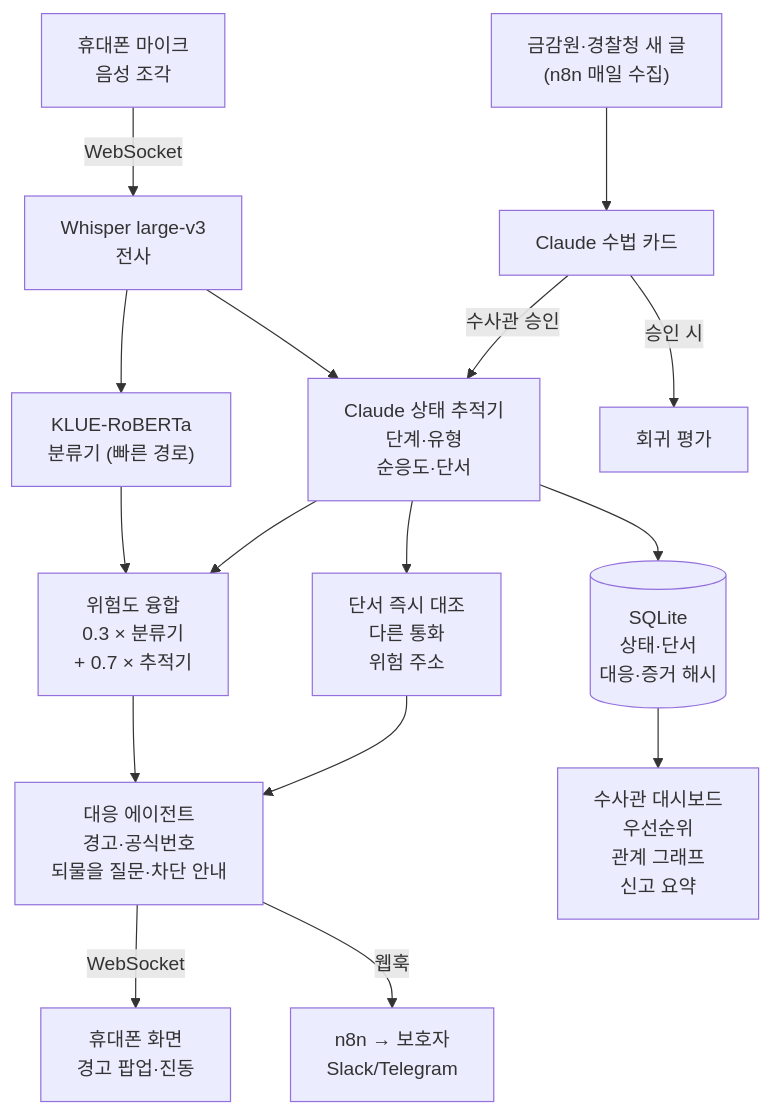
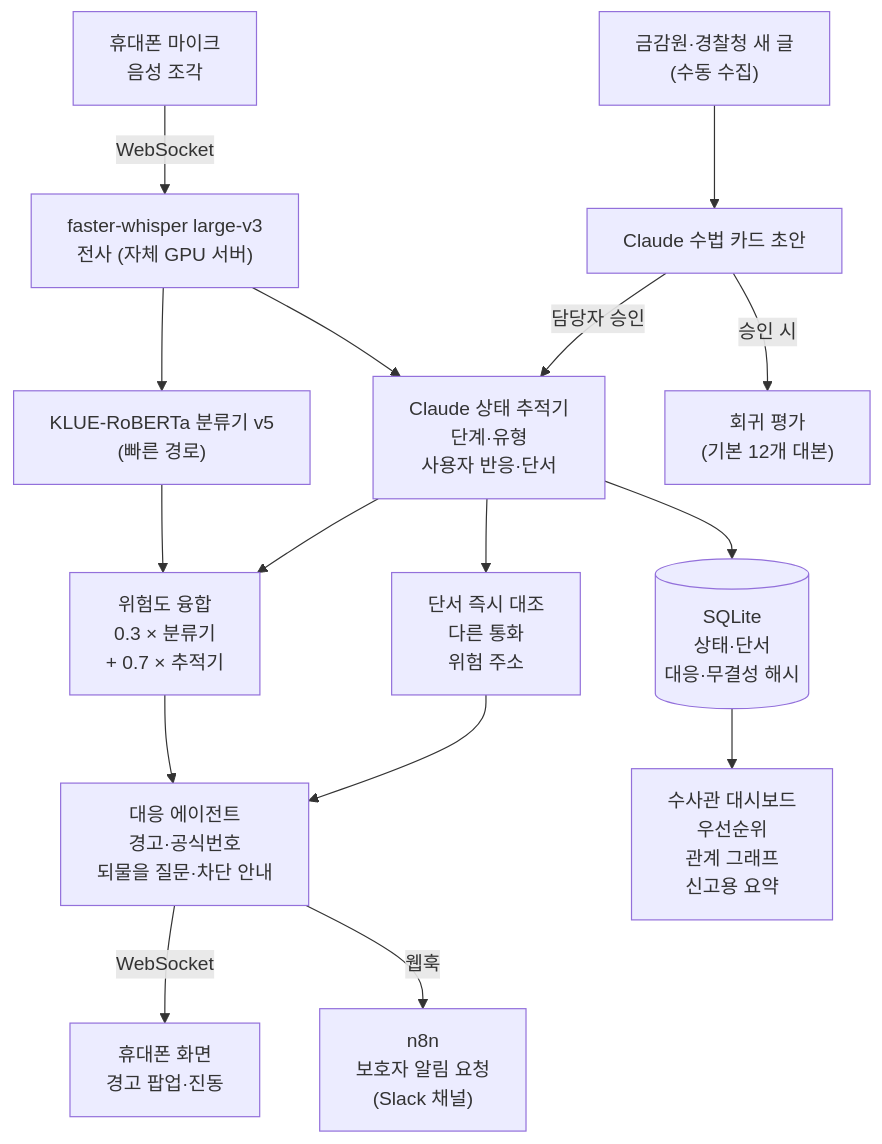
Before and after one commit to J-hosu/VoiceGuard-AI: the diagram in README.md, drawn with Mermaid. The commit also changed other lines of this file and 11 other files, not shown here.

````diff
--- a/README.md
+++ b/README.md
@@ -237,18 +255,18 @@
 ```mermaid
 flowchart TB
-    MIC["휴대폰 마이크<br/>음성 조각"] -->|WebSocket| STT["Whisper large-v3<br/>전사"]
-    STT --> CLS["KLUE-RoBERTa<br/>분류기 (빠른 경로)"]
-    STT --> TRK["Claude 상태 추적기<br/>단계·유형<br/>순응도·단서"]
+    MIC["휴대폰 마이크<br/>음성 조각"] -->|WebSocket| STT["faster-whisper large-v3<br/>전사 (자체 GPU 서버)"]
+    STT --> CLS["KLUE-RoBERTa 분류기 v5<br/>(빠른 경로)"]
+    STT --> TRK["Claude 상태 추적기<br/>단계·유형<br/>사용자 반응·단서"]
     CLS --> FUSE["위험도 융합<br/>0.3 × 분류기<br/>+ 0.7 × 추적기"]
     TRK --> FUSE
     FUSE --> AGT["대응 에이전트<br/>경고·공식번호<br/>되물을 질문·차단 안내"]
     AGT -->|WebSocket| APP["휴대폰 화면<br/>경고 팝업·진동"]
-    AGT -->|웹훅| N8N["n8n → 보호자<br/>Slack/Telegram"]
-    TRK --> DB[("SQLite<br/>상태·단서<br/>대응·증거 해시")]
+    AGT -->|웹훅| N8N["n8n<br/>보호자 알림 요청<br/>(Slack 채널)"]
+    TRK --> DB[("SQLite<br/>상태·단서<br/>대응·무결성 해시")]
     TRK --> LINK["단서 즉시 대조<br/>다른 통화<br/>위험 주소"]
     LINK --> AGT
-    DB --> DASH["수사관 대시보드<br/>우선순위<br/>관계 그래프<br/>신고 요약"]
-    OFF["금감원·경찰청 새 글<br/>(n8n 매일 수집)"] --> CARD["Claude 수법 카드"]
-    CARD -->|수사관 승인| TRK
-    CARD -->|승인 시| EVAL["회귀 평가"]
+    DB --> DASH["수사관 대시보드<br/>우선순위<br/>관계 그래프<br/>신고용 요약"]
+    OFF["금감원·경찰청 새 글<br/>(수동 수집)"] --> CARD["Claude 수법 카드 초안"]
+    CARD -->|담당자 승인| TRK
+    CARD -->|승인 시| EVAL["회귀 평가<br/>(기본 12개 대본)"]
 ```
````
